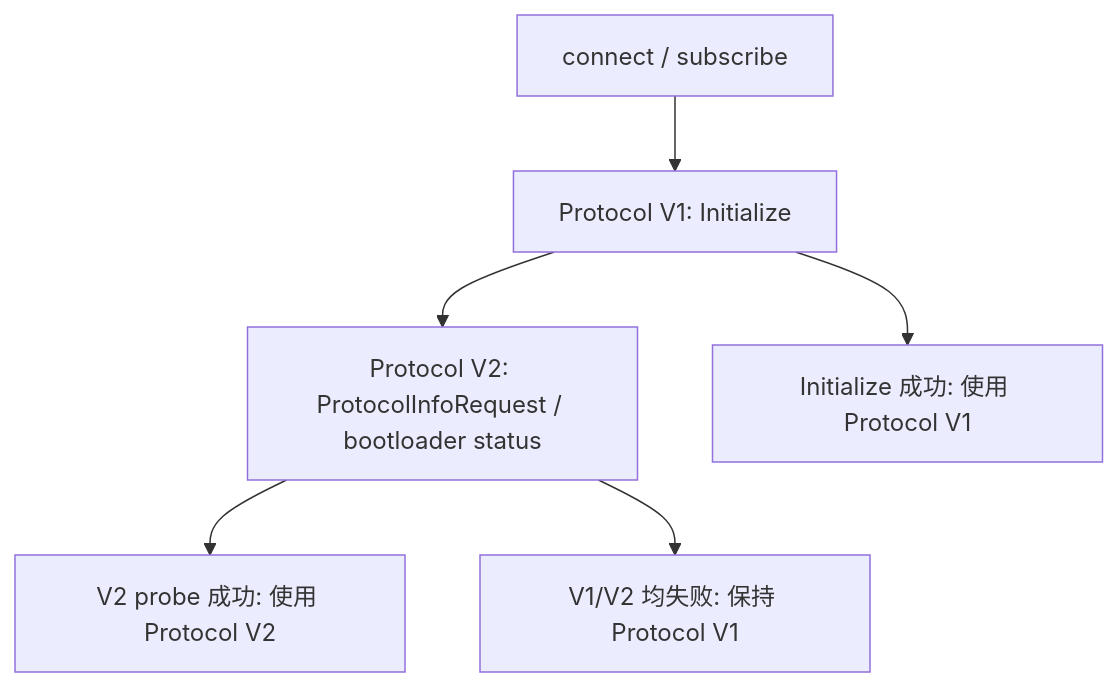
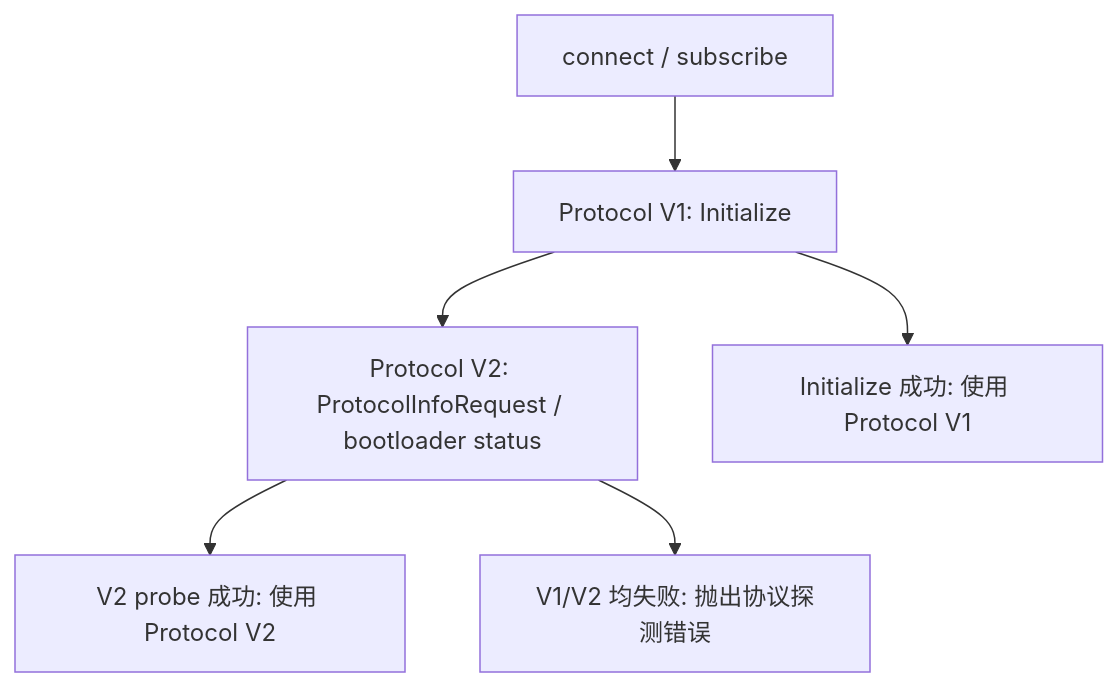
The first of 4 diagrams in docs/protocol/protocol-v2.md (OneKeyHQ/hardware-js-sdk), drawn with Mermaid before and after one commit. The commit also changed other lines of this file and 4 other files, not shown here.

````diff
--- a/docs/protocol/protocol-v2.md
+++ b/docs/protocol/protocol-v2.md
@@ -15,15 +15,15 @@
 ```mermaid
 flowchart TD
   Connect["connect / subscribe"]
   ProbeV1["Protocol V1: Initialize"]
   ProbeV2["Protocol V2: ProtocolInfoRequest / bootloader status"]
   UseV1["Initialize 成功: 使用 Protocol V1"]
   UseV2["V2 probe 成功: 使用 Protocol V2"]
-  FallbackV1["V1/V2 均失败: 保持 Protocol V1"]
+  DetectionError["V1/V2 均失败: 抛出协议探测错误"]
 
   Connect --> ProbeV1
   ProbeV1 --> UseV1
   ProbeV1 --> ProbeV2
   ProbeV2 --> UseV2
-  ProbeV2 --> FallbackV1
+  ProbeV2 --> DetectionError
 ```
````
